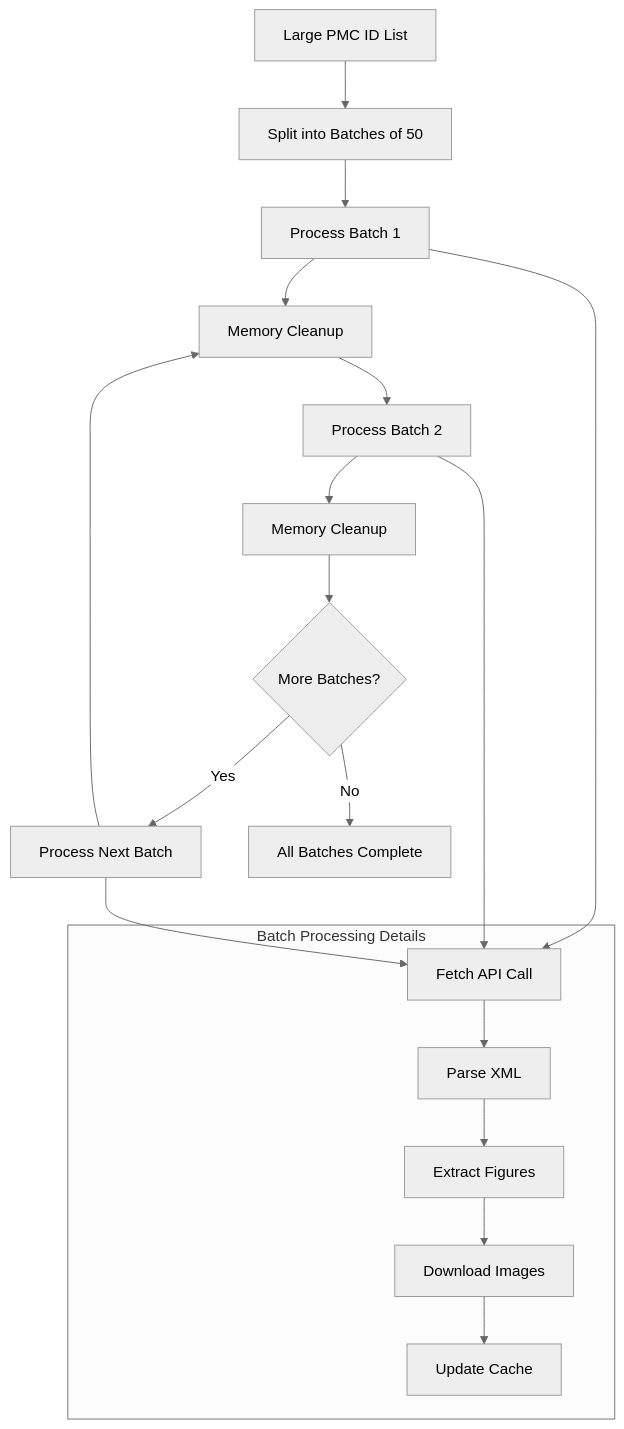
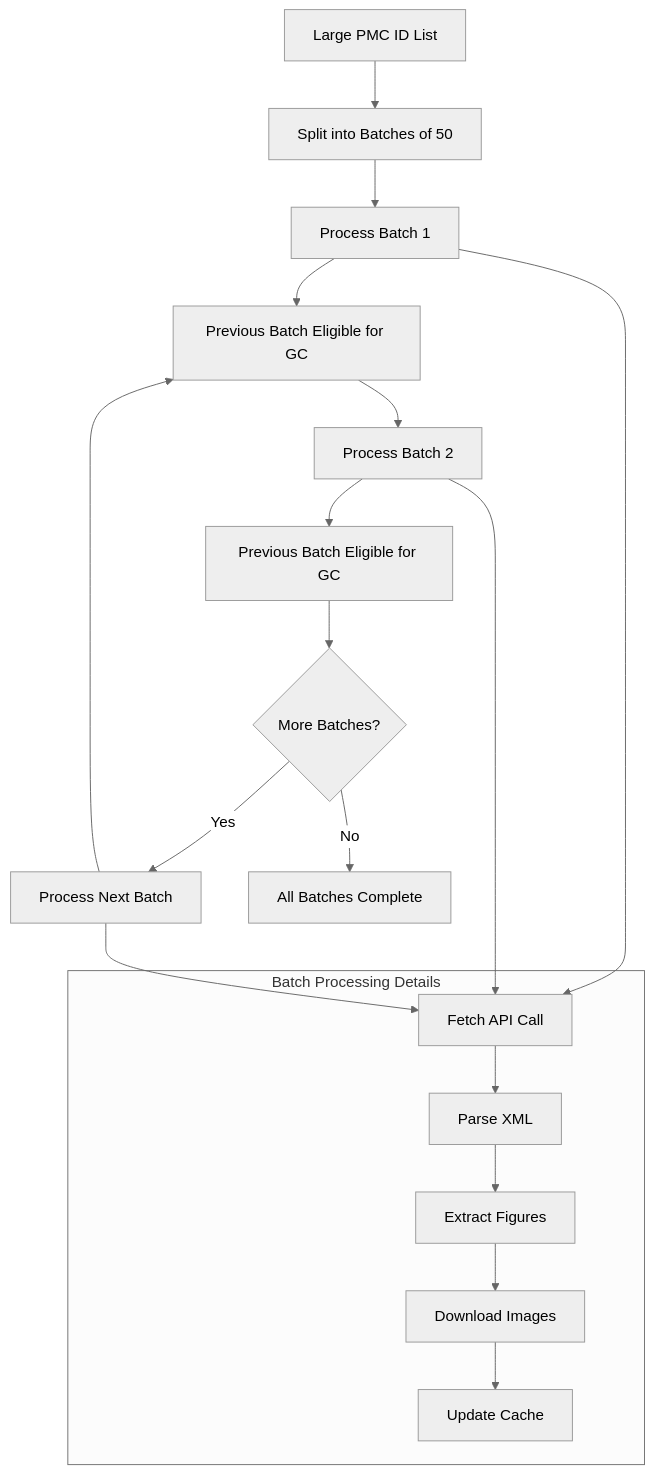
One commit to AlexJSully/Publication-Figure-Retrieval changed the ninth of 12 diagrams in docs/architecture/pipelines.md. Above: the diagram before and after it, drawn with Mermaid (neutral theme). The commit also changed other lines of this file and 10 other files, not shown here.

````diff
--- a/docs/architecture/pipelines.md
+++ b/docs/architecture/pipelines.md
@@ -248,23 +254,26 @@
 ```mermaid
 graph TD
+    accTitle: Batch Processing Strategy
+    accDescr: A large PMC ID list is split into batches of 50. Each batch is processed and the previous batch becomes eligible for garbage collection until no batches remain. Within a batch the tool makes the fetch API call, parses the XML, extracts figures, downloads images, and updates the cache.
+
     A[Large PMC ID List] --> B[Split into Batches of 50]
     B --> C[Process Batch 1]
-    C --> D[Memory Cleanup]
+    C --> D[Previous Batch Eligible for GC]
     D --> E[Process Batch 2]
-    E --> F[Memory Cleanup]
+    E --> F[Previous Batch Eligible for GC]
     F --> G{More Batches?}
     G -->|Yes| H[Process Next Batch]
     G -->|No| I[All Batches Complete]
     H --> D
 
     subgraph "Batch Processing Details"
         J[Fetch API Call] --> K[Parse XML]
         K --> L[Extract Figures]
         L --> M[Download Images]
         M --> N[Update Cache]
     end
 
     C --> J
     E --> J
     H --> J
 ```
````
